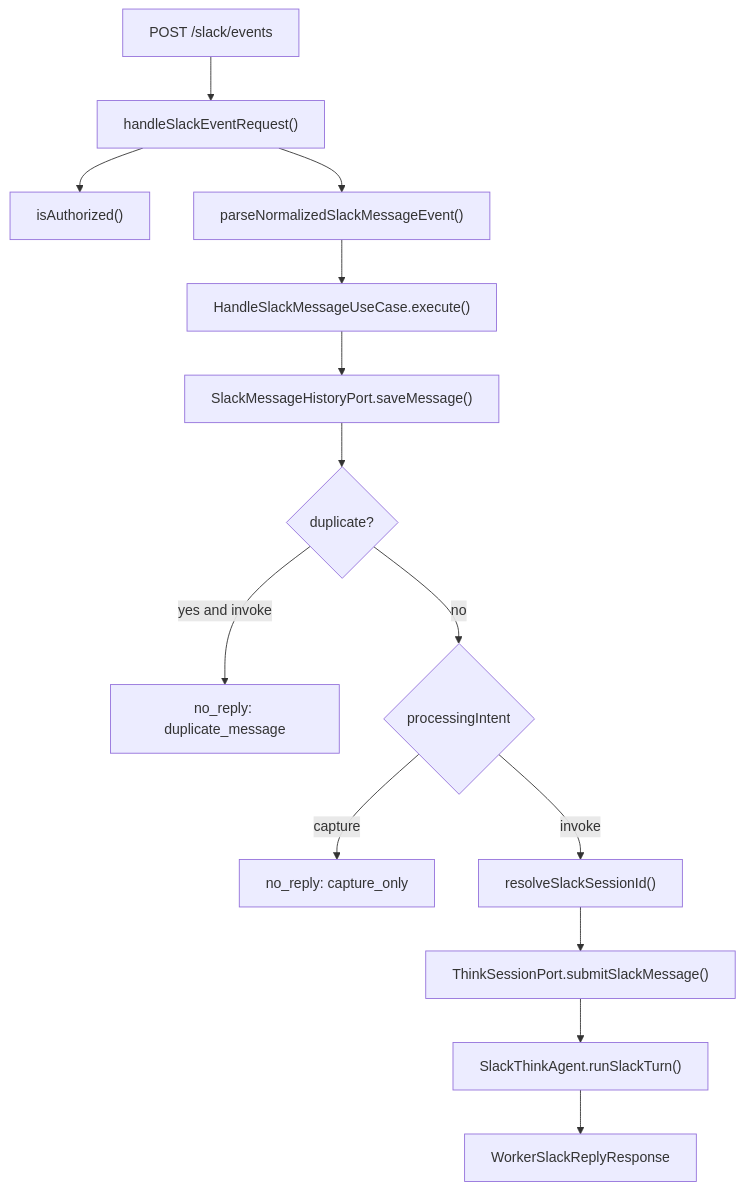
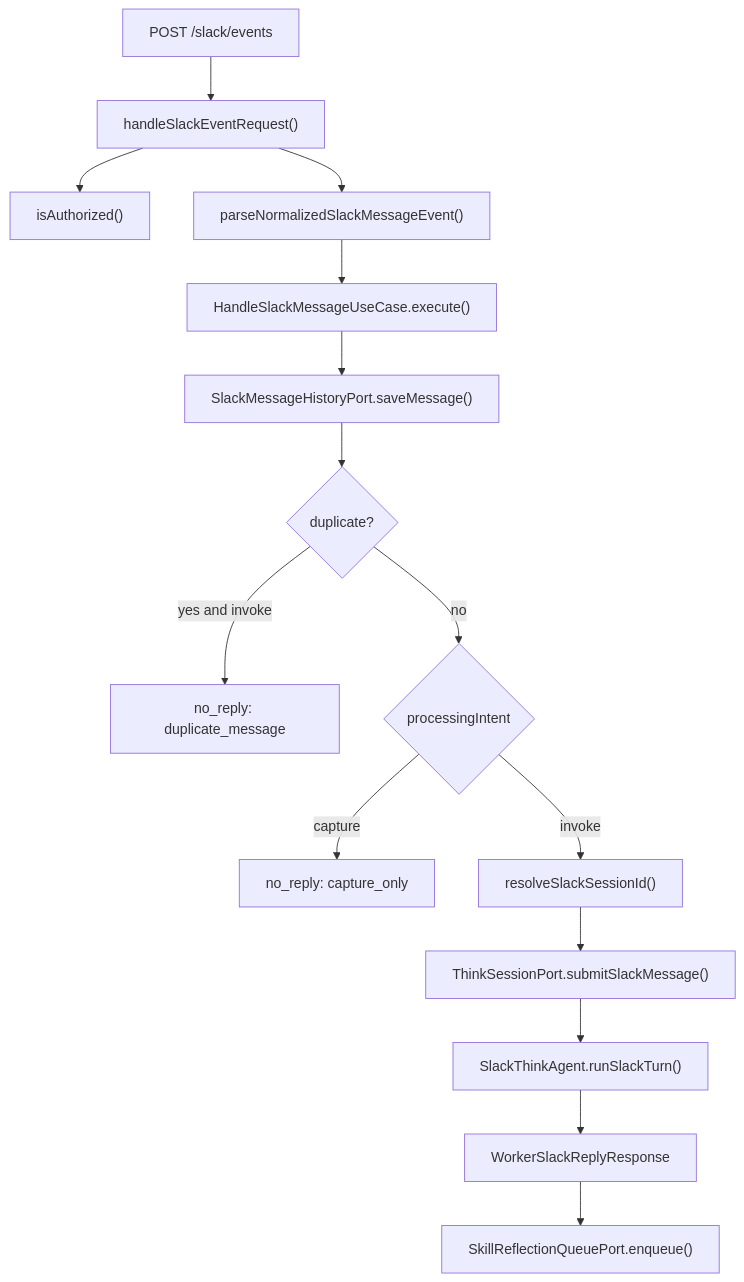
The fourth of 7 diagrams in README.md (GorobVictor/slack-ai-agent-v3), drawn with Mermaid before and after one commit. The commit also changed other lines of this file and 2 other files, not shown here.

First line of the commit message:
ref: document async skill reflection

````diff
--- a/README.md
+++ b/README.md
@@ -102,16 +105,17 @@
 ```mermaid
 flowchart TD
   request["POST /slack/events"] --> handler["handleSlackEventRequest()"]
   handler --> auth["isAuthorized()"]
   handler --> parse["parseNormalizedSlackMessageEvent()"]
   parse --> useCase["HandleSlackMessageUseCase.execute()"]
   useCase --> save["SlackMessageHistoryPort.saveMessage()"]
   save --> duplicate{"duplicate?"}
   duplicate -->|"yes and invoke"| noReplyDuplicate["no_reply: duplicate_message"]
   duplicate -->|"no"| intent{"processingIntent"}
   intent -->|"capture"| noReplyCapture["no_reply: capture_only"]
   intent -->|"invoke"| session["resolveSlackSessionId()"]
   session --> thinkPort["ThinkSessionPort.submitSlackMessage()"]
   thinkPort --> agent["SlackThinkAgent.runSlackTurn()"]
   agent --> workerReply["WorkerSlackReplyResponse"]
+  workerReply --> queueReflection["SkillReflectionQueuePort.enqueue()"]
 ```
````
